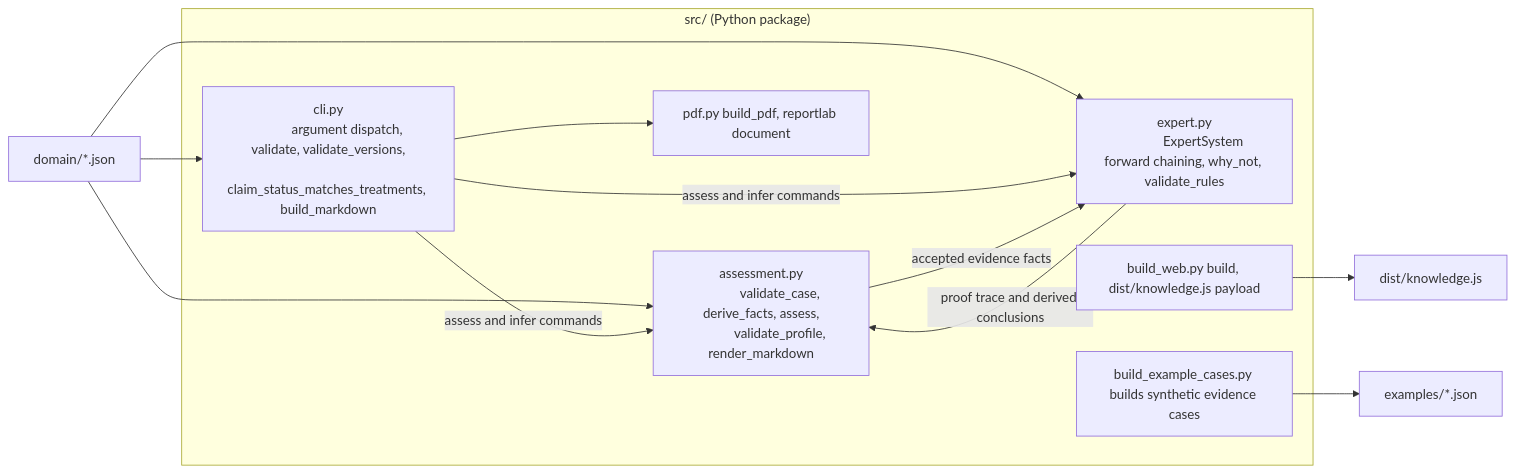
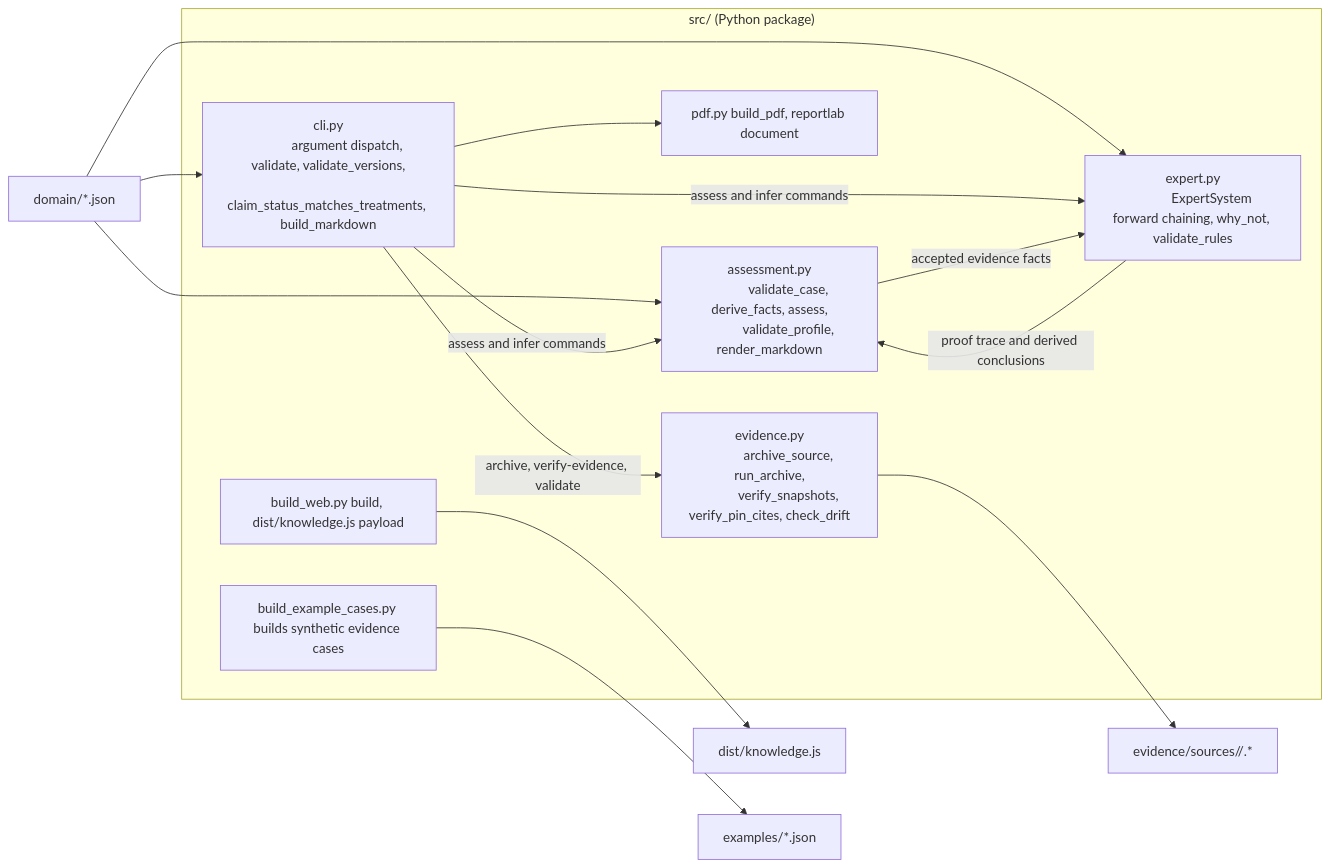
Before and after one commit to bitkojine/bitcoin-bridge-research: the third of 5 diagrams in docs/architecture-c4.md, drawn with Mermaid. The commit also changed other lines of this file and 31 other files, not shown here.

````diff
--- a/docs/architecture-c4.md
+++ b/docs/architecture-c4.md
@@ -93,23 +101,28 @@
 ```mermaid
 flowchart LR
     subgraph CLI["src/ (Python package)"]
         cli["cli.py
             argument dispatch, validate, validate_versions,
             claim_status_matches_treatments, build_markdown"]
         asm["assessment.py
             validate_case, derive_facts, assess,
             validate_profile, render_markdown"]
         exp["expert.py
             ExpertSystem forward chaining, why_not, validate_rules"]
         pdf["pdf.py build_pdf, reportlab document"]
         bw["build_web.py build, dist/knowledge.js payload"]
         bc["build_example_cases.py builds synthetic evidence cases"]
+        ev["evidence.py
+            archive_source, run_archive,
+            verify_snapshots, verify_pin_cites, check_drift"]
     end
     KB["domain/*.json"] --> cli & asm & exp
     cli -->|assess and infer commands| asm & exp
     asm -->|accepted evidence facts| exp
     exp -->|proof trace and derived conclusions| asm
     cli --> pdf
+    cli -->|archive, verify-evidence, validate| ev
+    ev --> SNAP["evidence/sources/<id>/<sha256>.*"]
     bw --> ART["dist/knowledge.js"]
     bc --> EX["examples/*.json"]
 ```
````
